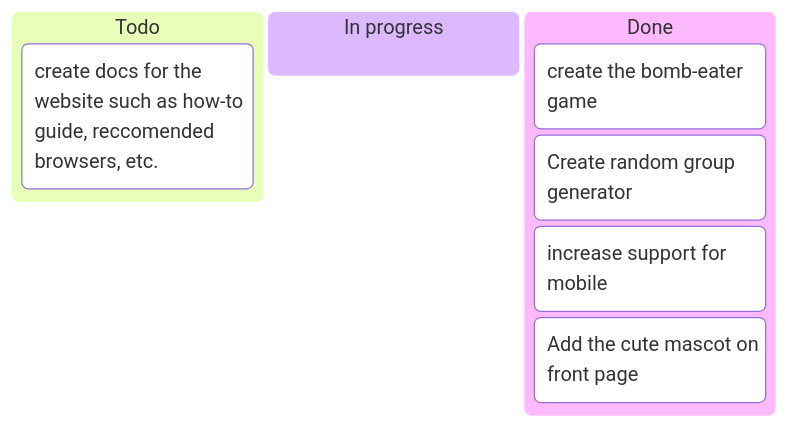
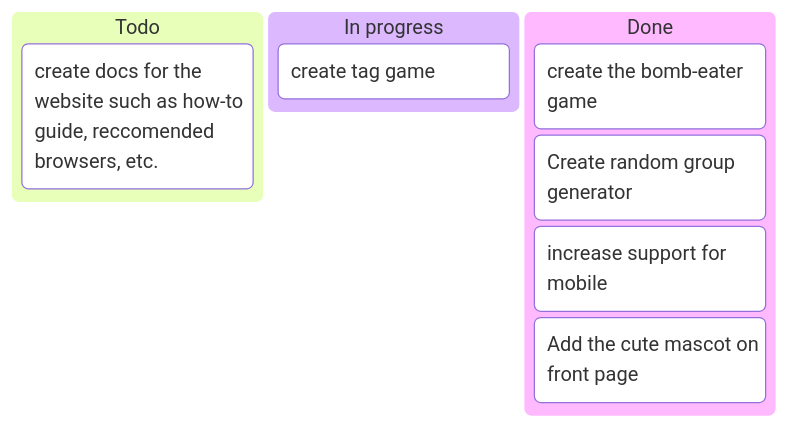
One commit to MrCheesie/alris_games changed the diagram in README.md. Above: the diagram before and after it, drawn with Mermaid. The commit also changed other lines of this file, not shown here.

````diff
--- a/README.md
+++ b/README.md
@@ -59,11 +59,12 @@
 ```mermaid
 kanban
   Todo
     [create docs for the website such as how-to guide, reccomended browsers, etc.]
   In progress
+    [create tag game]
   Done
     [create the bomb-eater game]
     [Create random group generator]
     [increase support for mobile]
     [Add the cute mascot on front page]
 ```
````
